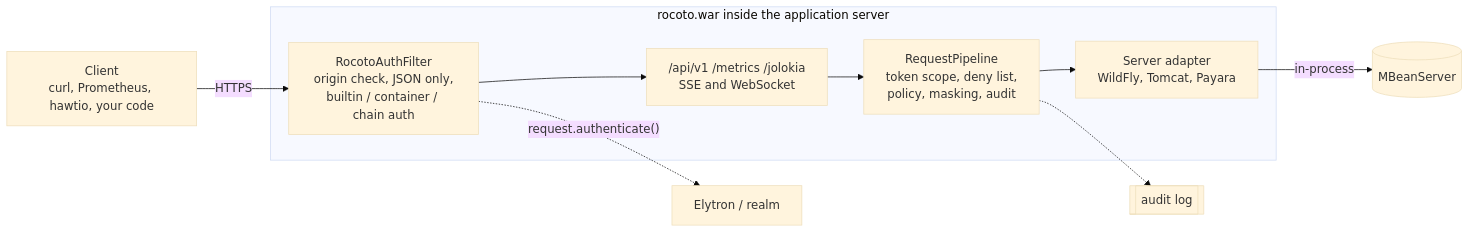
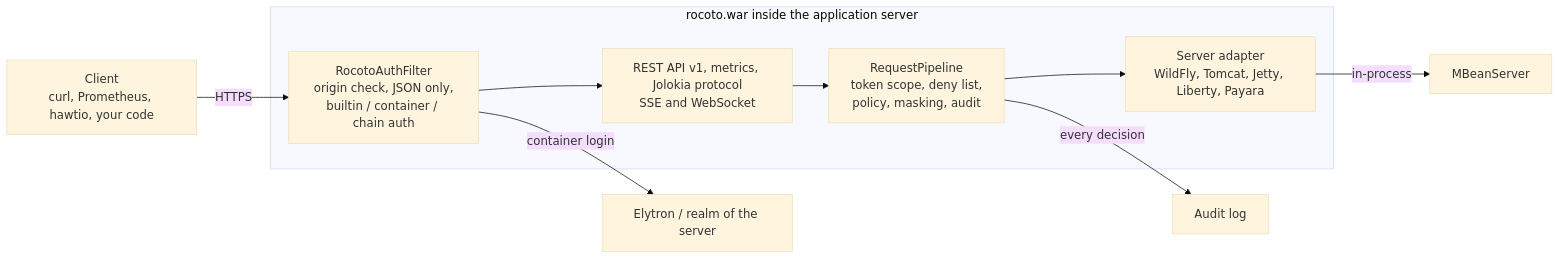
The diagram in README.md (chardonnay/rocoto), drawn with Mermaid (base theme) before and after one commit.

Commit message:
README: draw the request path with plain Mermaid constructs
github.com showed "Unable to render rich display" for this diagram although it
parses with Mermaid 10.9 and 11.x. It was the only diagram of the repository
using dotted edges, cylinder and subroutine shapes, parentheses in an edge
label and edges that reference nodes before their definition; the new version
uses only what the guide's diagrams use. The adapter list is current.

````diff
--- a/README.md
+++ b/README.md
@@ -68,13 +68,20 @@
 ```mermaid
 flowchart LR
-    client["Client<br/>curl, Prometheus, hawtio, your code"] -->|HTTPS| filter
-    subgraph war["rocoto.war inside the application server"]
-        filter["RocotoAuthFilter<br/>origin check, JSON only,<br/>builtin / container / chain auth"]
-        filter --> endpoints["/api/v1  /metrics  /jolokia<br/>SSE and WebSocket"]
-        endpoints --> pipeline["RequestPipeline<br/>token scope, deny list,<br/>policy, masking, audit"]
-        pipeline --> adapter["Server adapter<br/>WildFly, Tomcat, Payara"]
+    client["Client<br/>curl, Prometheus, hawtio, your code"]
+    subgraph war ["rocoto.war inside the application server"]
+        authfilter["RocotoAuthFilter<br/>origin check, JSON only,<br/>builtin / container / chain auth"]
+        api["REST API v1, metrics, Jolokia protocol<br/>SSE and WebSocket"]
+        pipeline["RequestPipeline<br/>token scope, deny list,<br/>policy, masking, audit"]
+        adapter["Server adapter<br/>WildFly, Tomcat, Jetty, Liberty, Payara"]
     end
-    adapter -->|in-process| mbs[("MBeanServer")]
-    filter -.->|"request.authenticate()"| container["Elytron / realm"]
-    pipeline -.-> audit[["audit log"]]
+    mbeans["MBeanServer"]
+    realm["Elytron / realm of the server"]
+    auditlog["Audit log"]
+    client -->|HTTPS| authfilter
+    authfilter --> api
+    api --> pipeline
+    pipeline --> adapter
+    adapter -->|in-process| mbeans
+    authfilter -->|container login| realm
+    pipeline -->|every decision| auditlog
 ```
````
